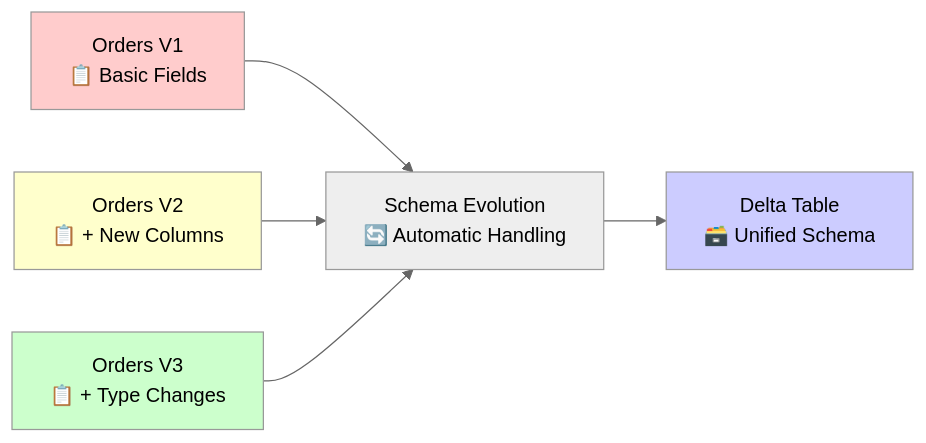
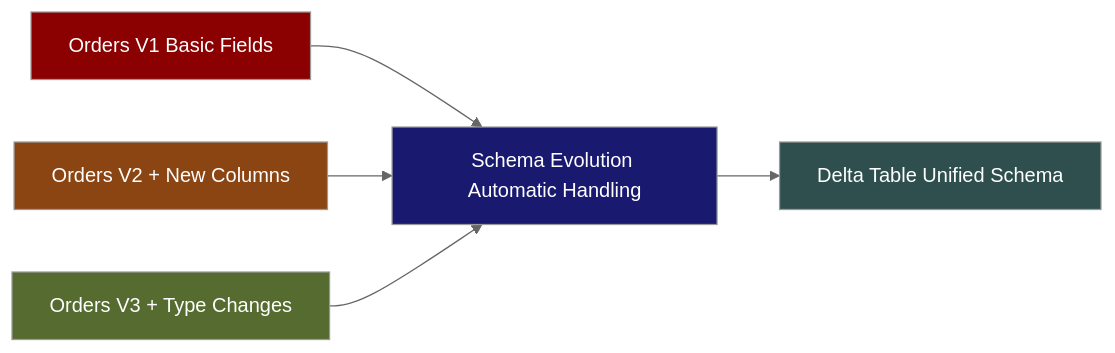
The second of 8 diagrams in week4/week4.md (mnclogenai/clogenai_academy_data_eng_training), drawn with Mermaid (neutral theme) before and after one commit. The commit also changed other lines of this file, not shown here.

````diff
--- a/week4/week4.md
+++ b/week4/week4.md
@@ -37,12 +54,13 @@
 ```mermaid
 flowchart LR
-    A["Orders V1<br/>📋 Basic Fields"] --> B["Schema Evolution<br/>🔄 Automatic Handling"]
-    C["Orders V2<br/>📋 + New Columns"] --> B
-    D["Orders V3<br/>📋 + Type Changes"] --> B
-    B --> E["Delta Table<br/>🗃️ Unified Schema"]
+    A["Orders V1 Basic Fields"] --> B["Schema Evolution Automatic Handling"]
+    C["Orders V2 + New Columns"] --> B
+    D["Orders V3 + Type Changes"] --> B
+    B --> E["Delta Table Unified Schema"]
     
-    style A fill:#ffcccc
-    style C fill:#ffffcc
-    style D fill:#ccffcc
-    style E fill:#ccccff
+    style A fill:#8B0000,color:#fff
+    style B fill:#191970,color:#fff
+    style C fill:#8B4513,color:#fff
+    style D fill:#556B2F,color:#fff
+    style E fill:#2F4F4F,color:#fff
 ```
````
